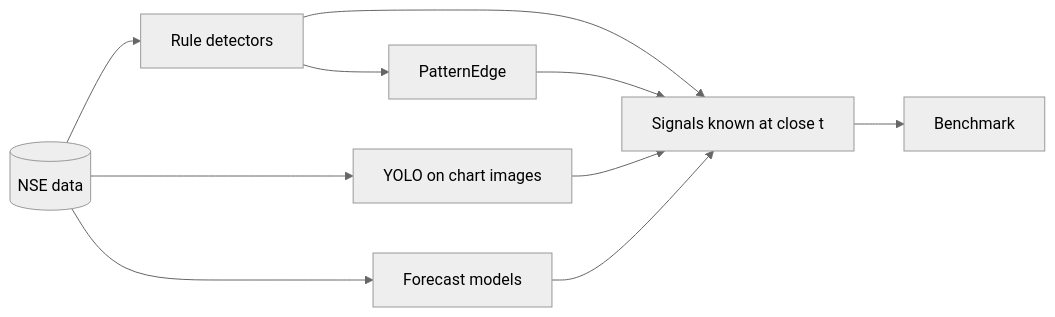
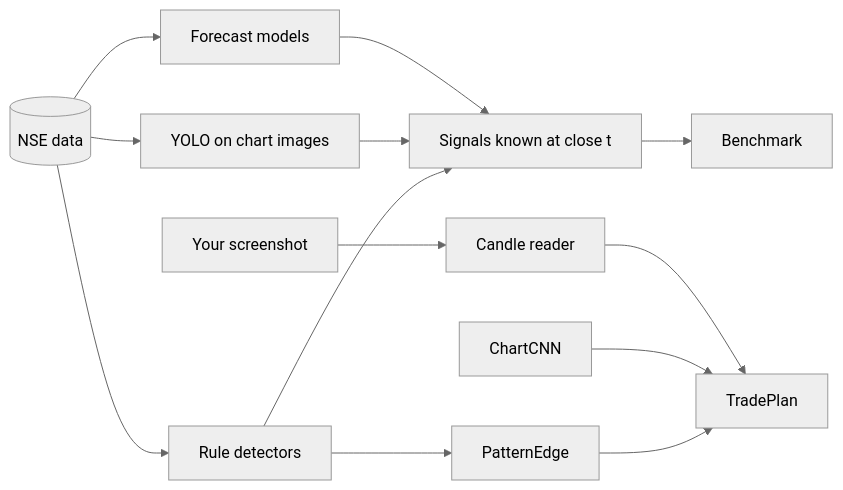
The diagram in README.md (MananPoojara/chart-pattern-detector), drawn with Mermaid (neutral theme) before and after one commit. The commit also changed other lines of this file and 10 other files, not shown here.

First line of the commit message:
Add TradePlan: chart-image CNN + entry/stop/target plans, screenshot input

````diff
--- a/README.md
+++ b/README.md
@@ -15,6 +17,8 @@
 ```mermaid
 flowchart LR
     D[(NSE data)] --> R[Rule detectors] & V[YOLO on chart images] & F[Forecast models]
     R & V & F --> S[Signals known at close t] --> B[Benchmark]
-    R --> P[PatternEdge] --> S
+    R --> P[PatternEdge] --> T[TradePlan]
+    C[ChartCNN] --> T
+    I[Your screenshot] --> G[Candle reader] --> T
 ```
````
